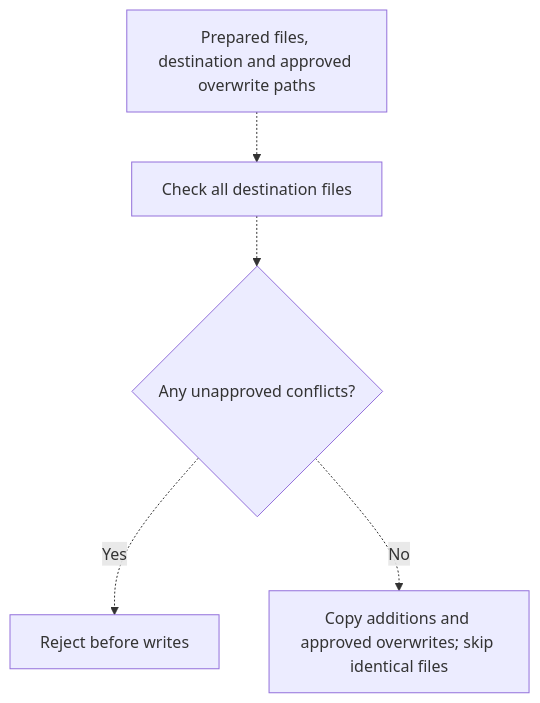
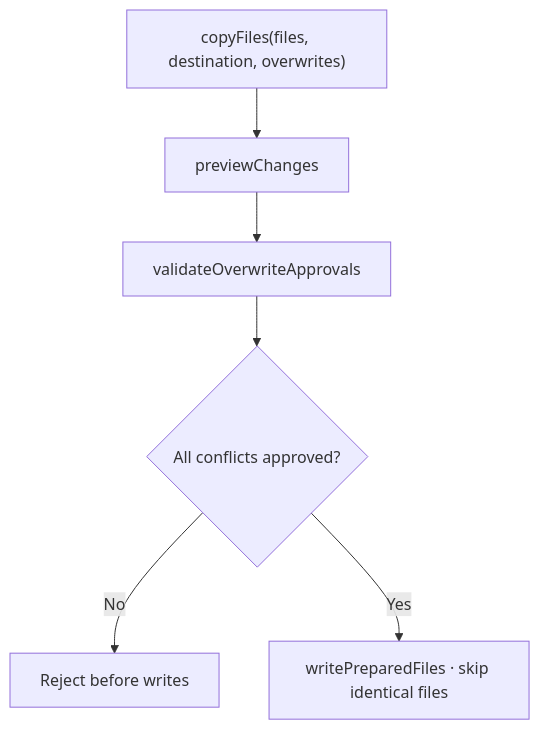
Before and after one commit to feuersteiner/bref-ui: the third of 5 diagrams in cli/installation/README.md, drawn with Mermaid. The commit also changed other lines of this file and 5 other files, not shown here.

````diff
--- a/cli/installation/README.md
+++ b/cli/installation/README.md
@@ -57,7 +85,8 @@
 ```mermaid
 flowchart TD
-    input["Prepared files, destination and approved overwrite paths"] -.-> inspect["Check all destination files"]
-    inspect -.-> conflicts{"Any unapproved conflicts?"}
-    conflicts -.->|Yes| reject["Reject before writes"]
-    conflicts -.->|No| copy["Copy additions and approved overwrites; skip identical files"]
+    input["copyFiles(files, destination, overwrites)"] --> inspect["previewChanges"]
+    inspect --> conflicts["validateOverwriteApprovals"]
+    conflicts --> approved{"All conflicts approved?"}
+    approved -->|No| reject["Reject before writes"]
+    approved -->|Yes| copy["writePreparedFiles · skip identical files"]
 ```
````
